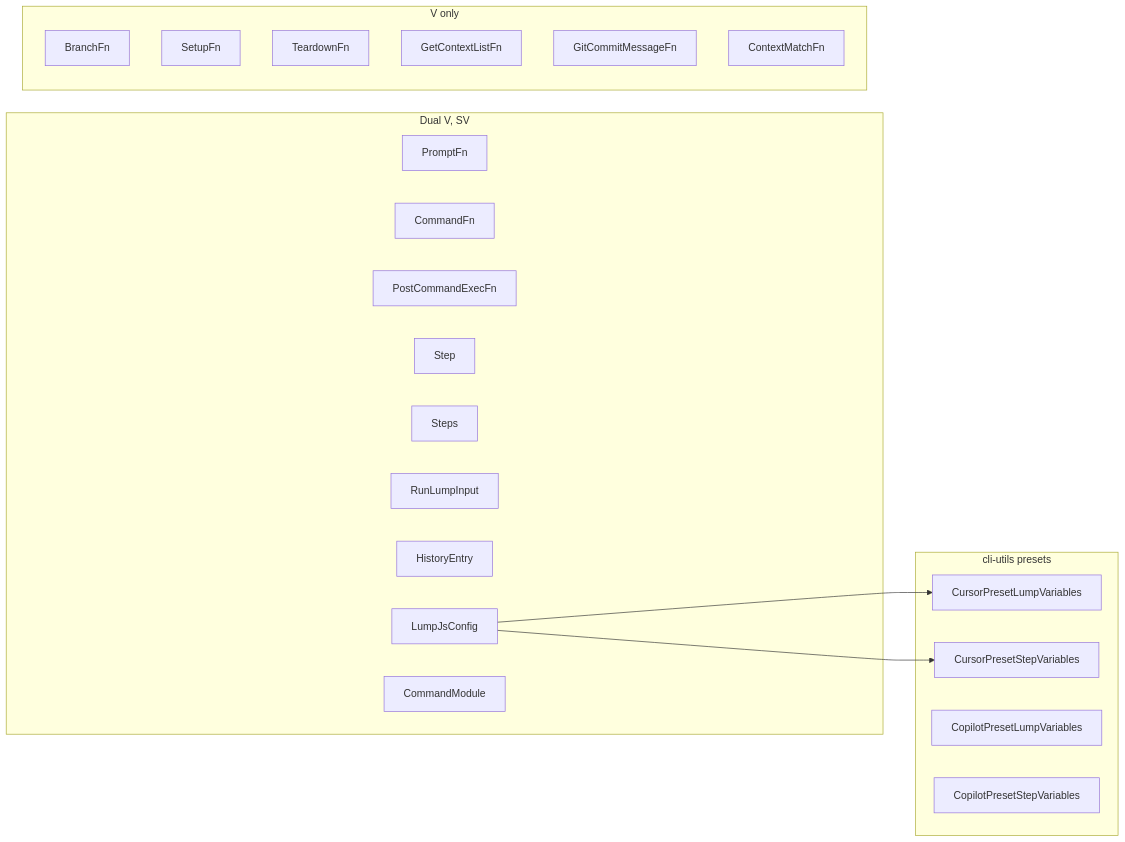
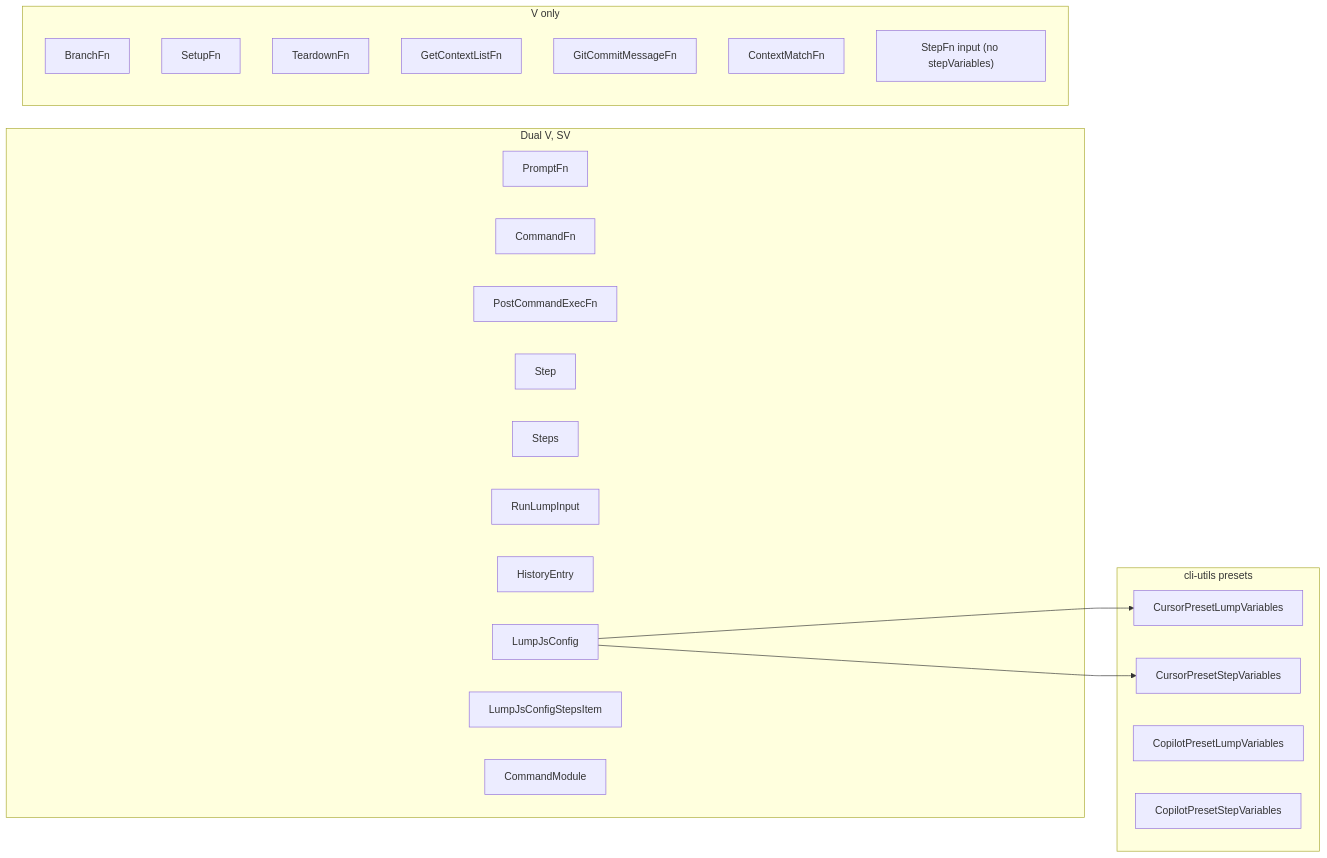
One commit to lumpcode/lumpcode changed the diagram in .lumpcode/lumps/backlog/backlogItems/todo/typed-lump-and-step-variables/requirements.md. Above: the diagram before and after it, drawn with Mermaid. The commit also changed other lines of this file and 11 other files, not shown here.

Commit message:
harden: make config steps type more clean

````diff
--- a/.lumpcode/lumps/backlog/backlogItems/todo/typed-lump-and-step-variables/requirements.md
+++ b/.lumpcode/lumps/backlog/backlogItems/todo/typed-lump-and-step-variables/requirements.md
@@ -212,30 +215,32 @@
 ```mermaid
 flowchart LR
   subgraph dual ["Dual V, SV"]
     PromptFn
     CommandFn
     PostCommandExecFn
     Step
     Steps
     RunLumpInput
     HistoryEntry
     LumpJsConfig
+    LumpJsConfigStepsItem
     CommandModule
   end
   subgraph lumpOnly ["V only"]
     BranchFn
     SetupFn
     TeardownFn
     GetContextListFn
     GitCommitMessageFn
     ContextMatchFn
+    StepFnInput["StepFn input (no stepVariables)"]
   end
   subgraph presets ["cli-utils presets"]
     CursorPresetLumpVariables
     CursorPresetStepVariables
     CopilotPresetLumpVariables
     CopilotPresetStepVariables
   end
   LumpJsConfig --> CursorPresetLumpVariables
   LumpJsConfig --> CursorPresetStepVariables
 ```
````
